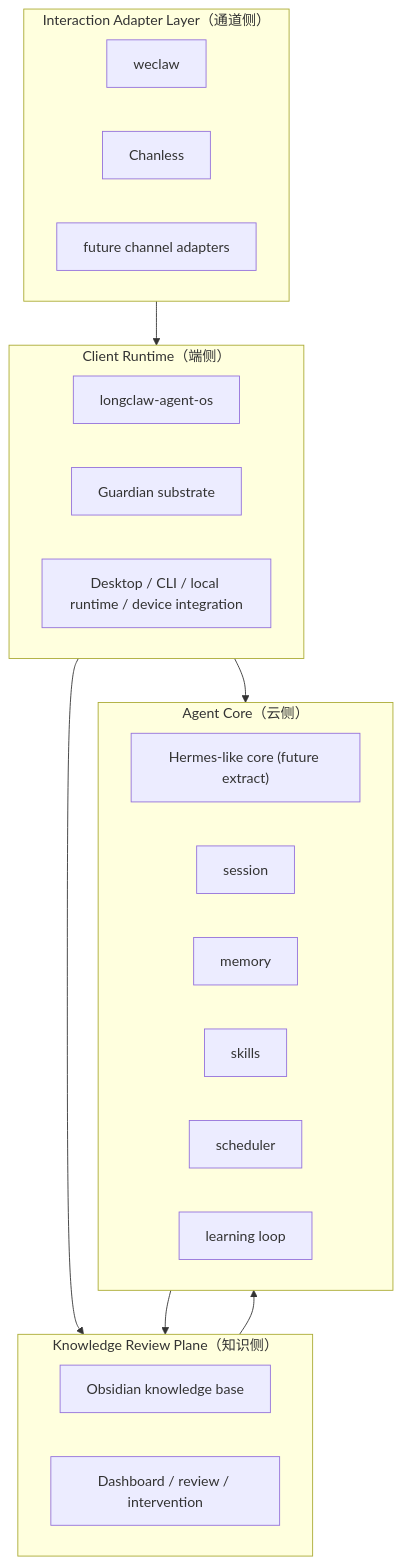
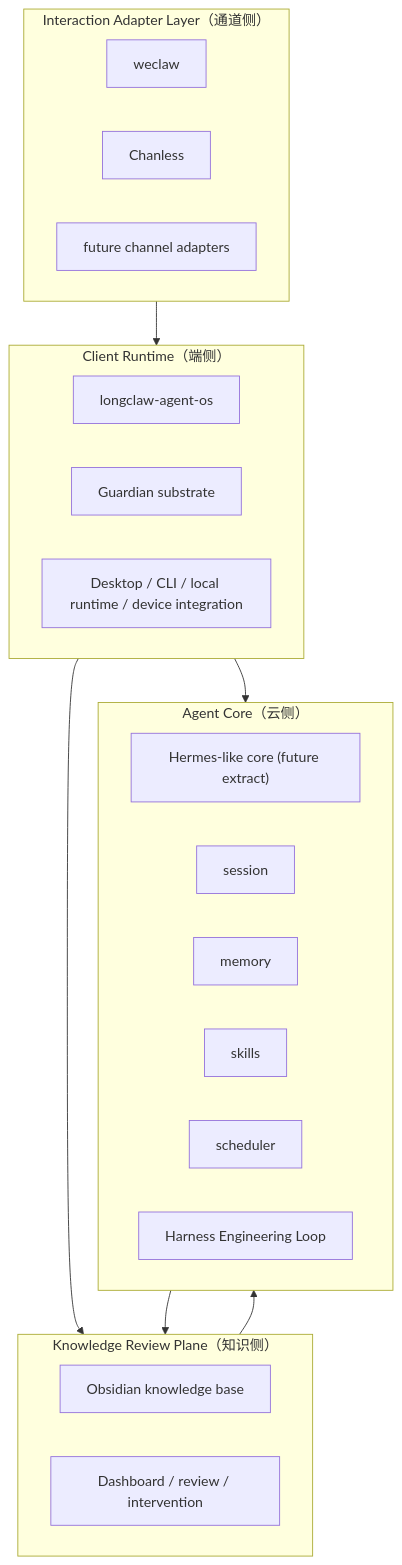
Before and after one commit to Gemini-Nick/hermes-agent: the first of 2 diagrams in docs/longclaw/PLAN.md, drawn with Mermaid. The commit also changed other lines of this file and 4 other files, not shown here.

````diff
--- a/docs/longclaw/PLAN.md
+++ b/docs/longclaw/PLAN.md
@@ -30,34 +48,34 @@
 ```mermaid
 flowchart TB
   subgraph CR["Client Runtime（端侧）"]
     AO["longclaw-agent-os"]
     GD["Guardian substrate"]
     UI["Desktop / CLI / local runtime / device integration"]
   end
 
   subgraph IA["Interaction Adapter Layer（通道侧）"]
     WC["weclaw"]
     CH["Chanless"]
     CA["future channel adapters"]
   end
 
   subgraph KP["Knowledge Review Plane（知识侧）"]
     OB["Obsidian knowledge base"]
     DB["Dashboard / review / intervention"]
   end
 
   subgraph AC["Agent Core（云侧）"]
     HC["Hermes-like core (future extract)"]
     SS["session"]
     MM["memory"]
     SK["skills"]
     SC["scheduler"]
-    LL["learning loop"]
+    LL["Harness Engineering Loop"]
   end
 
   IA --> CR
   CR --> KP
   CR --> AC
   KP --> AC
   AC --> KP
 ```
````
